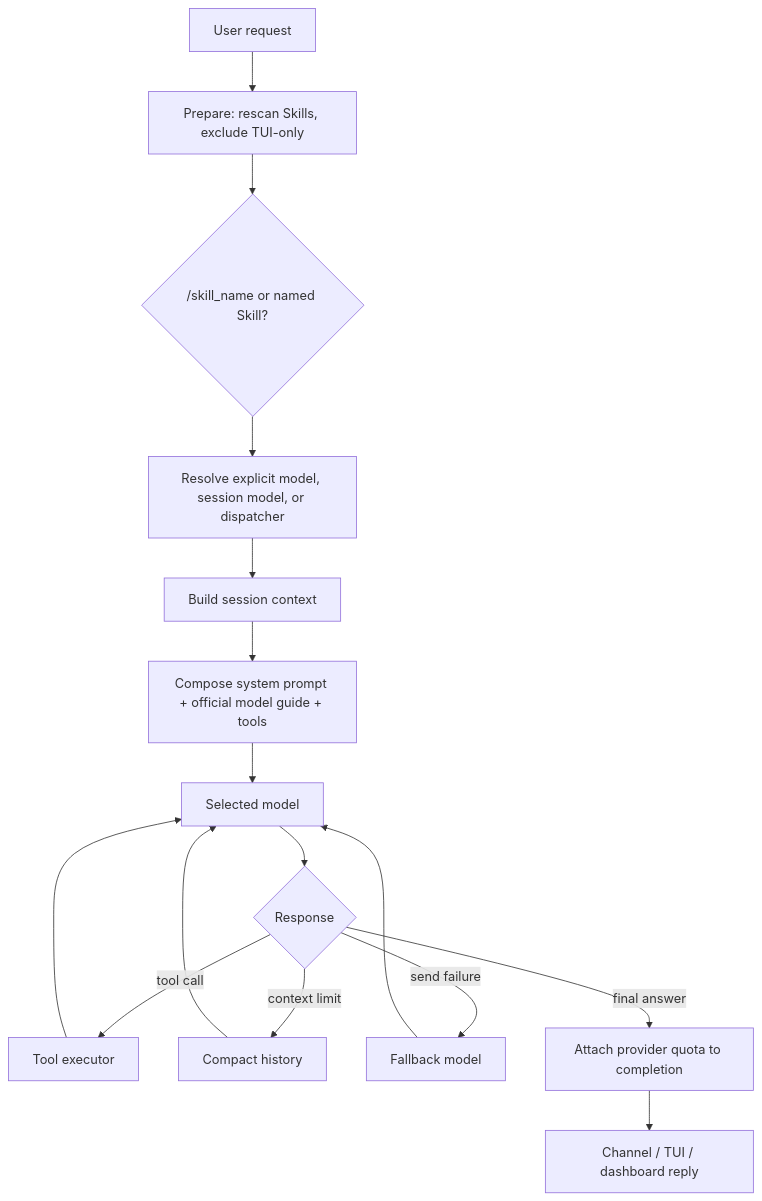
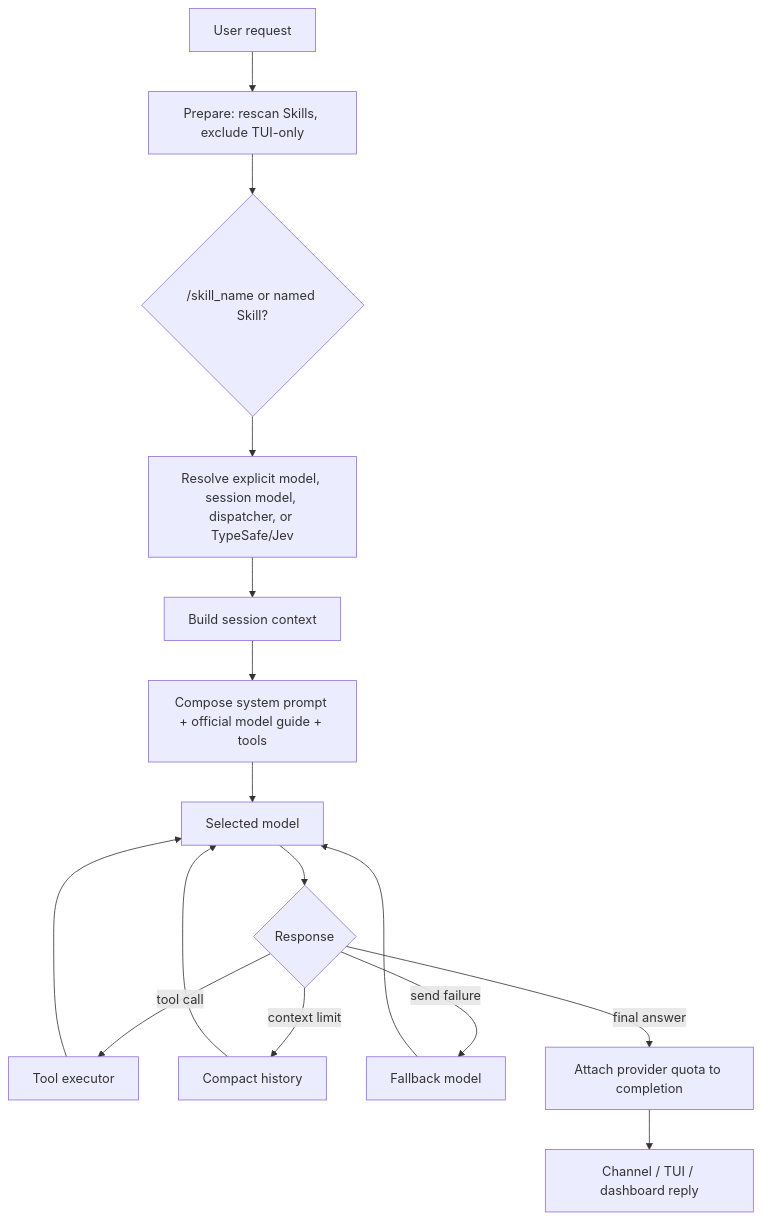
One commit to agenvoy/Agenvoy changed the third of 9 diagrams in doc/architecture.md. Above: the diagram before and after it, drawn with Mermaid. The commit also changed other lines of this file and 3 other files, not shown here.

Commit message:
doc: Document TypeSafe routing, auto reasoning, and provider model caching

````diff
--- a/doc/architecture.md
+++ b/doc/architecture.md
@@ -51,18 +51,18 @@
 ```mermaid
 graph TB
     Input[User request] --> Prepare[Prepare: rescan Skills, exclude TUI-only]
     Prepare --> Skill{/skill_name or named Skill?}
-    Skill --> Select[Resolve explicit model, session model, or dispatcher]
+    Skill --> Select[Resolve explicit model, session model, dispatcher, or TypeSafe/Jev]
     Select --> Session[Build session context]
     Session --> Prompt[Compose system prompt + official model guide + tools]
     Prompt --> Model[Selected model]
     Model --> Result{Response}
     Result -->|tool call| ToolExec[Tool executor]
     ToolExec --> Model
     Result -->|context limit| Compact[Compact history]
     Compact --> Model
     Result -->|send failure| Fallback[Fallback model]
     Fallback --> Model
     Result -->|final answer| Quota[Attach provider quota to completion]
     Quota --> Output[Channel / TUI / dashboard reply]
 ```
````
